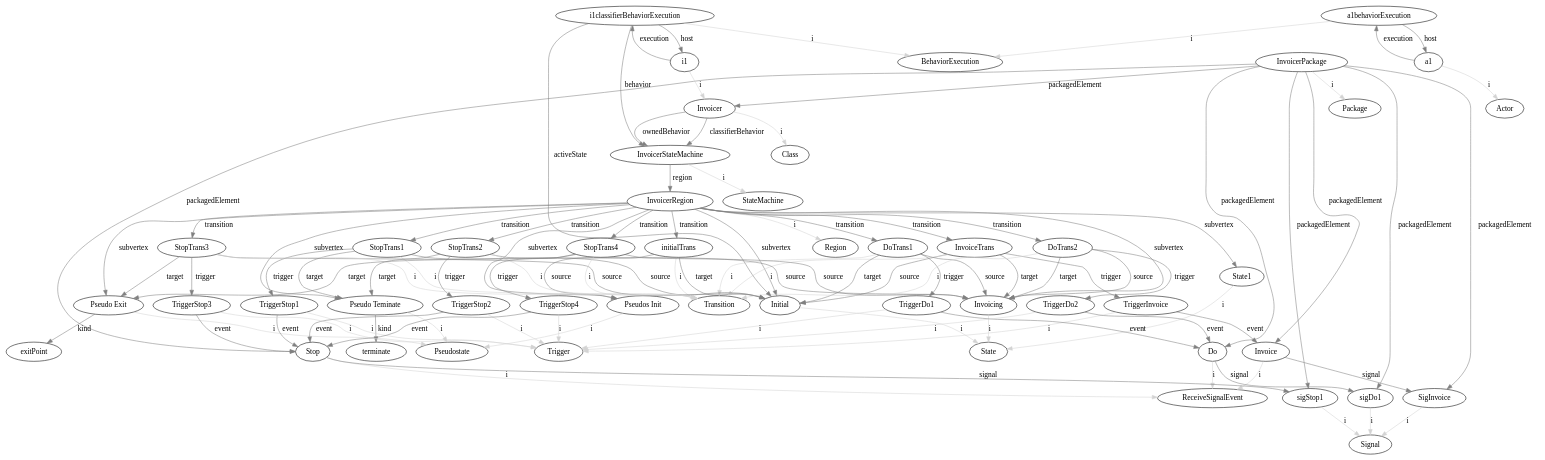
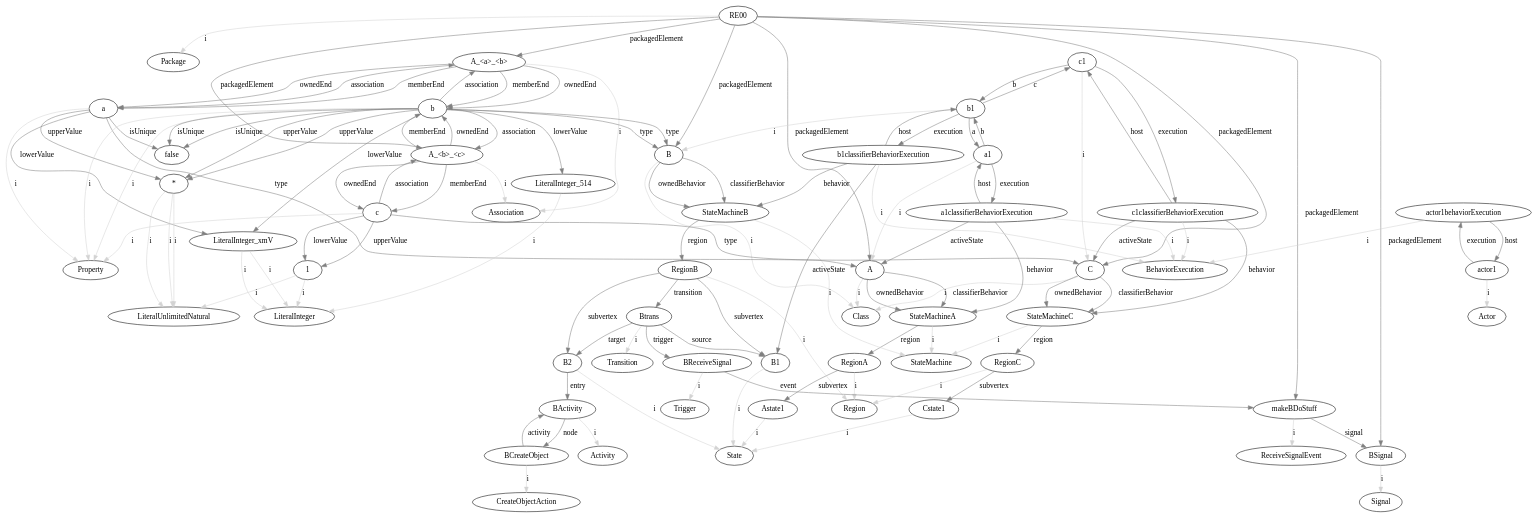
The diagram in GraphOutputs/state0.dot (luisneiva/graf-framework), drawn with Graphviz before and after one commit. The commit also changed 8 other files, not shown here.

Commit message:
Made RE00 get up to one of its CreateObjectActions

```diff
--- a/GraphOutputs/state0.dot
+++ b/GraphOutputs/state0.dot
@@ -1,102 +1,118 @@
 digraph umlMetamodel {
-	"InvoicerPackage" -> "Package" [label="i", color="lightgrey"]
-	"InvoicerPackage" -> "Invoicer" [label="packagedElement", color="grey"]
-	"Invoicer" -> "Class" [label="i", color="lightgrey"]
-	"Invoicer" -> "InvoicerStateMachine" [label="classifierBehavior", color="grey"]
-	"Invoicer" -> "InvoicerStateMachine" [label="ownedBehavior", color="grey"]
-	"InvoicerStateMachine" -> "StateMachine" [label="i", color="lightgrey"]
-	"InvoicerStateMachine" -> "InvoicerRegion" [label="region", color="grey"]
-	"InvoicerRegion" -> "Region" [label="i", color="lightgrey"]
-	"InvoicerRegion" -> "State1" [label="subvertex", color="grey"]
-	"State1" -> "State" [label="i", color="lightgrey"]
-	"InvoicerRegion" -> "Initial" [label="subvertex", color="grey"]
-	"Initial" -> "State" [label="i", color="lightgrey"]
-	"InvoicerRegion" -> "Pseudos Init" [label="subvertex", color="grey"]
-	"Pseudos Init" -> "Pseudostate" [label="i", color="lightgrey"]
-	"InvoicerRegion" -> "Invoicing" [label="subvertex", color="grey"]
-	"Invoicing" -> "State" [label="i", color="lightgrey"]
-	"InvoicerRegion" -> "Pseudo Teminate" [label="subvertex", color="grey"]
-	"Pseudo Teminate" -> "Pseudostate" [label="i", color="lightgrey"]
-	"Pseudo Teminate" -> "terminate" [label="kind", color="grey"]
-	"InvoicerRegion" -> "Pseudo Exit" [label="subvertex", color="grey"]
-	"Pseudo Exit" -> "Pseudostate" [label="i", color="lightgrey"]
-	"Pseudo Exit" -> "exitPoint" [label="kind", color="grey"]
-	"InvoicerRegion" -> "initialTrans" [label="transition", color="grey"]
-	"initialTrans" -> "Transition" [label="i", color="lightgrey"]
-	"initialTrans" -> "Pseudos Init" [label="source", color="grey"]
-	"initialTrans" -> "Initial" [label="target", color="grey"]
-	"InvoicerRegion" -> "InvoiceTrans" [label="transition", color="grey"]
-	"InvoiceTrans" -> "Transition" [label="i", color="lightgrey"]
-	"InvoiceTrans" -> "Initial" [label="source", color="grey"]
-	"InvoiceTrans" -> "Invoicing" [label="target", color="grey"]
-	"InvoiceTrans" -> "TriggerInvoice" [label="trigger", color="grey"]
-	"TriggerInvoice" -> "Trigger" [label="i", color="lightgrey"]
-	"TriggerInvoice" -> "Invoice" [label="event", color="grey"]
-	"InvoicerRegion" -> "DoTrans1" [label="transition", color="grey"]
-	"DoTrans1" -> "Transition" [label="i", color="lightgrey"]
-	"DoTrans1" -> "Invoicing" [label="source", color="grey"]
-	"DoTrans1" -> "Initial" [label="target", color="grey"]
-	"DoTrans1" -> "TriggerDo1" [label="trigger", color="grey"]
-	"TriggerDo1" -> "Trigger" [label="i", color="lightgrey"]
-	"TriggerDo1" -> "Do" [label="event", color="grey"]
-	"InvoicerRegion" -> "StopTrans1" [label="transition", color="grey"]
-	"StopTrans1" -> "Transition" [label="i", color="lightgrey"]
-	"StopTrans1" -> "Initial" [label="source", color="grey"]
-	"StopTrans1" -> "Pseudo Teminate" [label="target", color="grey"]
-	"StopTrans1" -> "TriggerStop1" [label="trigger", color="grey"]
-	"TriggerStop1" -> "Trigger" [label="i", color="lightgrey"]
-	"TriggerStop1" -> "Stop" [label="event", color="grey"]
-	"InvoicerRegion" -> "StopTrans2" [label="transition", color="grey"]
-	"StopTrans2" -> "Transition" [label="i", color="lightgrey"]
-	"StopTrans2" -> "Invoicing" [label="source", color="grey"]
-	"StopTrans2" -> "Pseudo Teminate" [label="target", color="grey"]
-	"StopTrans2" -> "TriggerStop2" [label="trigger", color="grey"]
-	"TriggerStop2" -> "Trigger" [label="i", color="lightgrey"]
-	"TriggerStop2" -> "Stop" [label="event", color="grey"]
-	"InvoicerRegion" -> "DoTrans2" [label="transition", color="grey"]
-	"DoTrans2" -> "Transition" [label="i", color="lightgrey"]
-	"DoTrans2" -> "Invoicing" [label="source", color="grey"]
-	"DoTrans2" -> "Invoicing" [label="target", color="grey"]
-	"DoTrans2" -> "TriggerDo2" [label="trigger", color="grey"]
-	"TriggerDo2" -> "Trigger" [label="i", color="lightgrey"]
-	"TriggerDo2" -> "Do" [label="event", color="grey"]
-	"InvoicerRegion" -> "StopTrans3" [label="transition", color="grey"]
-	"StopTrans3" -> "Transition" [label="i", color="lightgrey"]
-	"StopTrans3" -> "Initial" [label="source", color="grey"]
-	"StopTrans3" -> "Pseudo Exit" [label="target", color="grey"]
-	"StopTrans3" -> "TriggerStop3" [label="trigger", color="grey"]
-	"TriggerStop3" -> "Trigger" [label="i", color="lightgrey"]
-	"TriggerStop3" -> "Stop" [label="event", color="grey"]
-	"InvoicerRegion" -> "StopTrans4" [label="transition", color="grey"]
-	"StopTrans4" -> "Transition" [label="i", color="lightgrey"]
-	"StopTrans4" -> "Invoicing" [label="source", color="grey"]
-	"StopTrans4" -> "Pseudo Exit" [label="target", color="grey"]
-	"StopTrans4" -> "TriggerStop4" [label="trigger", color="grey"]
-	"TriggerStop4" -> "Trigger" [label="i", color="lightgrey"]
-	"TriggerStop4" -> "Stop" [label="event", color="grey"]
-	"InvoicerPackage" -> "Do" [label="packagedElement", color="grey"]
-	"Do" -> "ReceiveSignalEvent" [label="i", color="lightgrey"]
-	"Do" -> "sigDo1" [label="signal", color="grey"]
-	"InvoicerPackage" -> "sigDo1" [label="packagedElement", color="grey"]
-	"sigDo1" -> "Signal" [label="i", color="lightgrey"]
-	"InvoicerPackage" -> "Stop" [label="packagedElement", color="grey"]
-	"Stop" -> "ReceiveSignalEvent" [label="i", color="lightgrey"]
-	"Stop" -> "sigStop1" [label="signal", color="grey"]
-	"InvoicerPackage" -> "sigStop1" [label="packagedElement", color="grey"]
-	"sigStop1" -> "Signal" [label="i", color="lightgrey"]
-	"InvoicerPackage" -> "Invoice" [label="packagedElement", color="grey"]
-	"Invoice" -> "ReceiveSignalEvent" [label="i", color="lightgrey"]
-	"Invoice" -> "SigInvoice" [label="signal", color="grey"]
-	"InvoicerPackage" -> "SigInvoice" [label="packagedElement", color="grey"]
-	"SigInvoice" -> "Signal" [label="i", color="lightgrey"]
-	"i1" -> "Invoicer" [label="i", color="lightgrey"]
-	"i1classifierBehaviorExecution" -> "BehaviorExecution" [label="i", color="lightgrey"]
-	"i1" -> "i1classifierBehaviorExecution" [label="execution", color="grey"]
-	"i1classifierBehaviorExecution" -> "i1" [label="host", color="grey"]
-	"i1classifierBehaviorExecution" -> "InvoicerStateMachine" [label="behavior", color="grey"]
-	"i1classifierBehaviorExecution" -> "Initial" [label="activeState", color="grey"]
-	"a1" -> "Actor" [label="i", color="lightgrey"]
-	"a1behaviorExecution" -> "BehaviorExecution" [label="i", color="lightgrey"]
-	"a1" -> "a1behaviorExecution" [label="execution", color="grey"]
-	"a1behaviorExecution" -> "a1" [label="host", color="grey"]
+	"RE00" -> "Package" [label="i", color="lightgrey"]
+	"RE00" -> "A" [label="packagedElement", color="grey"]
+	"A" -> "Class" [label="i", color="lightgrey"]
+	"A" -> "StateMachineA" [label="classifierBehavior", color="grey"]
+	"A" -> "StateMachineA" [label="ownedBehavior", color="grey"]
+	"StateMachineA" -> "StateMachine" [label="i", color="lightgrey"]
+	"StateMachineA" -> "RegionA" [label="region", color="grey"]
+	"RegionA" -> "Region" [label="i", color="lightgrey"]
+	"RegionA" -> "Astate1" [label="subvertex", color="grey"]
+	"Astate1" -> "State" [label="i", color="lightgrey"]
+	"RE00" -> "B" [label="packagedElement", color="grey"]
+	"B" -> "Class" [label="i", color="lightgrey"]
+	"B" -> "StateMachineB" [label="classifierBehavior", color="grey"]
+	"B" -> "StateMachineB" [label="ownedBehavior", color="grey"]
+	"StateMachineB" -> "StateMachine" [label="i", color="lightgrey"]
+	"StateMachineB" -> "RegionB" [label="region", color="grey"]
+	"RegionB" -> "Region" [label="i", color="lightgrey"]
+	"RegionB" -> "B1" [label="subvertex", color="grey"]
+	"B1" -> "State" [label="i", color="lightgrey"]
+	"RegionB" -> "B2" [label="subvertex", color="grey"]
+	"B2" -> "State" [label="i", color="lightgrey"]
+	"B2" -> "BActivity" [label="entry", color="grey"]
+	"BActivity" -> "Activity" [label="i", color="lightgrey"]
+	"BActivity" -> "BCreateObject" [label="node", color="grey"]
+	"BCreateObject" -> "BActivity" [label="activity", color="grey"]
+	"BCreateObject" -> "CreateObjectAction" [label="i", color="lightgrey"]
+	"RegionB" -> "Btrans" [label="transition", color="grey"]
+	"Btrans" -> "Transition" [label="i", color="lightgrey"]
+	"Btrans" -> "B1" [label="source", color="grey"]
+	"Btrans" -> "B2" [label="target", color="grey"]
+	"Btrans" -> "BReceiveSignal" [label="trigger", color="grey"]
+	"BReceiveSignal" -> "Trigger" [label="i", color="lightgrey"]
+	"BReceiveSignal" -> "makeBDoStuff" [label="event", color="grey"]
+	"RE00" -> "C" [label="packagedElement", color="grey"]
+	"C" -> "Class" [label="i", color="lightgrey"]
+	"C" -> "StateMachineC" [label="classifierBehavior", color="grey"]
+	"C" -> "StateMachineC" [label="ownedBehavior", color="grey"]
+	"StateMachineC" -> "StateMachine" [label="i", color="lightgrey"]
+	"StateMachineC" -> "RegionC" [label="region", color="grey"]
+	"RegionC" -> "Region" [label="i", color="lightgrey"]
+	"RegionC" -> "Cstate1" [label="subvertex", color="grey"]
+	"Cstate1" -> "State" [label="i", color="lightgrey"]
+	"RE00" -> "A_<a>_<b>" [label="packagedElement", color="grey"]
+	"A_<a>_<b>" -> "Association" [label="i", color="lightgrey"]
+	"A_<a>_<b>" -> "a" [label="memberEnd", color="grey"]
+	"A_<a>_<b>" -> "b" [label="memberEnd", color="grey"]
+	"A_<a>_<b>" -> "a" [label="ownedEnd", color="grey"]
+	"a" -> "Property" [label="i", color="lightgrey"]
+	"a" -> "A" [label="type", color="grey"]
+	"a" -> "false" [label="isUnique", color="grey"]
+	"a" -> "A_<a>_<b>" [label="association", color="grey"]
+	"a" -> "*" [label="upperValue", color="grey"]
+	"*" -> "LiteralUnlimitedNatural" [label="i", color="lightgrey"]
+	"a" -> "LiteralInteger_xmV" [label="lowerValue", color="grey"]
+	"LiteralInteger_xmV" -> "LiteralInteger" [label="i", color="lightgrey"]
+	"A_<a>_<b>" -> "b" [label="ownedEnd", color="grey"]
+	"b" -> "Property" [label="i", color="lightgrey"]
+	"b" -> "B" [label="type", color="grey"]
+	"b" -> "false" [label="isUnique", color="grey"]
+	"b" -> "A_<a>_<b>" [label="association", color="grey"]
+	"b" -> "*" [label="upperValue", color="grey"]
+	"*" -> "LiteralUnlimitedNatural" [label="i", color="lightgrey"]
+	"b" -> "LiteralInteger_xmV" [label="lowerValue", color="grey"]
+	"LiteralInteger_xmV" -> "LiteralInteger" [label="i", color="lightgrey"]
+	"RE00" -> "A_<b>_<c>" [label="packagedElement", color="grey"]
+	"A_<b>_<c>" -> "Association" [label="i", color="lightgrey"]
+	"A_<b>_<c>" -> "b" [label="memberEnd", color="grey"]
+	"A_<b>_<c>" -> "c" [label="memberEnd", color="grey"]
+	"A_<b>_<c>" -> "b" [label="ownedEnd", color="grey"]
+	"b" -> "Property" [label="i", color="lightgrey"]
+	"b" -> "B" [label="type", color="grey"]
+	"b" -> "false" [label="isUnique", color="grey"]
+	"b" -> "A_<b>_<c>" [label="association", color="grey"]
+	"b" -> "*" [label="upperValue", color="grey"]
+	"*" -> "LiteralUnlimitedNatural" [label="i", color="lightgrey"]
+	"b" -> "LiteralInteger_514" [label="lowerValue", color="grey"]
+	"LiteralInteger_514" -> "LiteralInteger" [label="i", color="lightgrey"]
+	"A_<b>_<c>" -> "c" [label="ownedEnd", color="grey"]
+	"c" -> "Property" [label="i", color="lightgrey"]
+	"c" -> "C" [label="type", color="grey"]
+	"c" -> "A_<b>_<c>" [label="association", color="grey"]
+	"c" -> "1" [label="upperValue", color="grey"]
+	"1" -> "LiteralUnlimitedNatural" [label="i", color="lightgrey"]
+	"c" -> "1" [label="lowerValue", color="grey"]
+	"1" -> "LiteralInteger" [label="i", color="lightgrey"]
+	"RE00" -> "BSignal" [label="packagedElement", color="grey"]
+	"BSignal" -> "Signal" [label="i", color="lightgrey"]
+	"RE00" -> "makeBDoStuff" [label="packagedElement", color="grey"]
+	"makeBDoStuff" -> "ReceiveSignalEvent" [label="i", color="lightgrey"]
+	"makeBDoStuff" -> "BSignal" [label="signal", color="grey"]
+	"a1" -> "A" [label="i", color="lightgrey"]
+	"a1classifierBehaviorExecution" -> "BehaviorExecution" [label="i", color="lightgrey"]
+	"a1" -> "a1classifierBehaviorExecution" [label="execution", color="grey"]
+	"a1classifierBehaviorExecution" -> "a1" [label="host", color="grey"]
+	"a1classifierBehaviorExecution" -> "StateMachineA" [label="behavior", color="grey"]
+	"a1classifierBehaviorExecution" -> "A" [label="activeState", color="grey"]
+	"b1" -> "B" [label="i", color="lightgrey"]
+	"b1classifierBehaviorExecution" -> "BehaviorExecution" [label="i", color="lightgrey"]
+	"b1" -> "b1classifierBehaviorExecution" [label="execution", color="grey"]
+	"b1classifierBehaviorExecution" -> "b1" [label="host", color="grey"]
+	"b1classifierBehaviorExecution" -> "StateMachineB" [label="behavior", color="grey"]
+	"b1classifierBehaviorExecution" -> "B1" [label="activeState", color="grey"]
+	"c1" -> "C" [label="i", color="lightgrey"]
+	"c1classifierBehaviorExecution" -> "BehaviorExecution" [label="i", color="lightgrey"]
+	"c1" -> "c1classifierBehaviorExecution" [label="execution", color="grey"]
+	"c1classifierBehaviorExecution" -> "c1" [label="host", color="grey"]
+	"c1classifierBehaviorExecution" -> "StateMachineC" [label="behavior", color="grey"]
+	"c1classifierBehaviorExecution" -> "C" [label="activeState", color="grey"]
+	"a1" -> "b1" [label="b", color="grey"]
+	"b1" -> "a1" [label="a", color="grey"]
+	"b1" -> "c1" [label="c", color="grey"]
+	"c1" -> "b1" [label="b", color="grey"]
+	"actor1" -> "Actor" [label="i", color="lightgrey"]
+	"actor1behaviorExecution" -> "BehaviorExecution" [label="i", color="lightgrey"]
+	"actor1" -> "actor1behaviorExecution" [label="execution", color="grey"]
+	"actor1behaviorExecution" -> "actor1" [label="host", color="grey"]
 }
```
